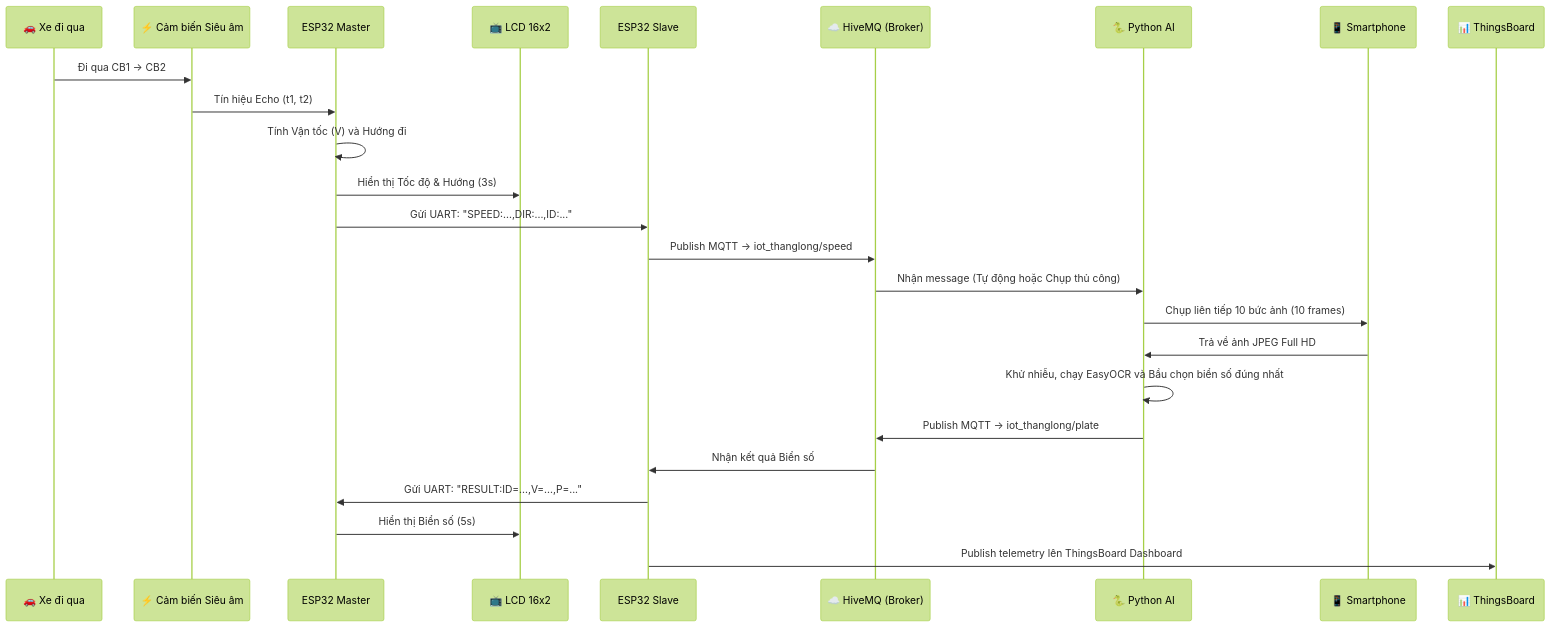
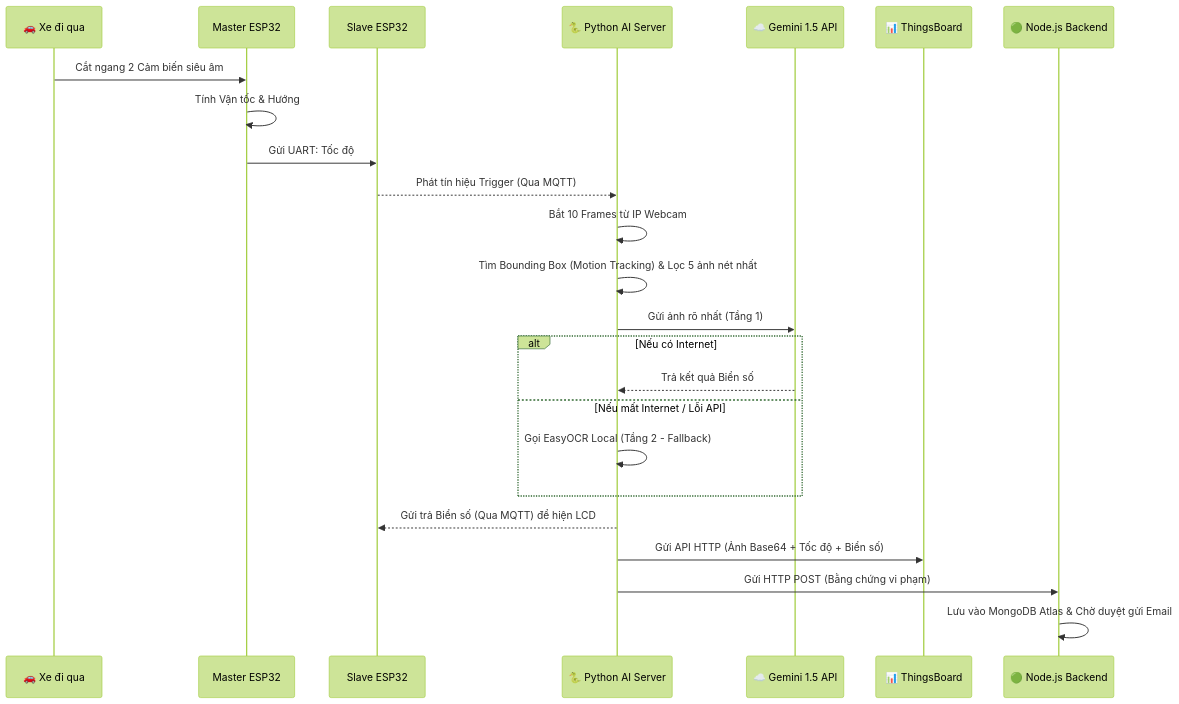
Before and after one commit to Nam19ti/IOT_: the diagram in README.md, drawn with Mermaid (forest theme). The commit also changed other lines of this file and 4 other files, not shown here.

````diff
--- a/README.md
+++ b/README.md
@@ -89,28 +57,29 @@
 ```mermaid
 sequenceDiagram
     participant Xe as 🚗 Xe đi qua
-    participant CB as ⚡ Cảm biến Siêu âm
-    participant Master as ESP32 Master
-    participant LCD as 📺 LCD 16x2
-    participant Slave as ESP32 Slave
-    participant HiveMQ as ☁️ HiveMQ (Broker)
-    participant Python as 🐍 Python AI
-    participant Phone as 📱 Smartphone
+    participant Master as Master ESP32
+    participant Slave as Slave ESP32
+    participant Python as 🐍 Python AI Server
+    participant Gemini as ☁️ Gemini 1.5 API
     participant TB as 📊 ThingsBoard
+    participant Node as 🟢 Node.js Backend
 
-    Xe->>CB: Đi qua CB1 → CB2
-    CB->>Master: Tín hiệu Echo (t1, t2)
-    Master->>Master: Tính Vận tốc (V) và Hướng đi
-    Master->>LCD: Hiển thị Tốc độ & Hướng (3s)
-    Master->>Slave: Gửi UART: "SPEED:...,DIR:...,ID:..."
-    Slave->>HiveMQ: Publish MQTT -> iot_thanglong/speed
-    HiveMQ->>Python: Nhận message (Tự động hoặc Chụp thủ công)
-    Python->>Phone: Chụp liên tiếp 10 bức ảnh (10 frames)
-    Phone->>Python: Trả về ảnh JPEG Full HD
-    Python->>Python: Khử nhiễu, chạy EasyOCR và Bầu chọn biển số đúng nhất
-    Python->>HiveMQ: Publish MQTT -> iot_thanglong/plate
-    HiveMQ->>Slave: Nhận kết quả Biển số
-    Slave->>Master: Gửi UART: "RESULT:ID=...,V=...,P=..."
-    Master->>LCD: Hiển thị Biển số (5s)
-    Slave->>TB: Publish telemetry lên ThingsBoard Dashboard
+    Xe->>Master: Cắt ngang 2 Cảm biến siêu âm
+    Master->>Master: Tính Vận tốc & Hướng
+    Master->>Slave: Gửi UART: Tốc độ
+    Slave-->>Python: Phát tín hiệu Trigger (Qua MQTT)
+    Python->>Python: Bắt 10 Frames từ IP Webcam
+    Python->>Python: Tìm Bounding Box (Motion Tracking) & Lọc 5 ảnh nét nhất
+    Python->>Gemini: Gửi ảnh rõ nhất (Tầng 1)
+    
+    alt Nếu có Internet
+        Gemini-->>Python: Trả kết quả Biển số
+    else Nếu mất Internet / Lỗi API
+        Python->>Python: Gọi EasyOCR Local (Tầng 2 - Fallback)
+    end
+    
+    Python-->>Slave: Gửi trả Biển số (Qua MQTT) để hiện LCD
+    Python->>TB: Gửi API HTTP (Ảnh Base64 + Tốc độ + Biển số)
+    Python->>Node: Gửi HTTP POST (Bằng chứng vi phạm)
+    Node->>Node: Lưu vào MongoDB Atlas & Chờ duyệt gửi Email
 ```
````
